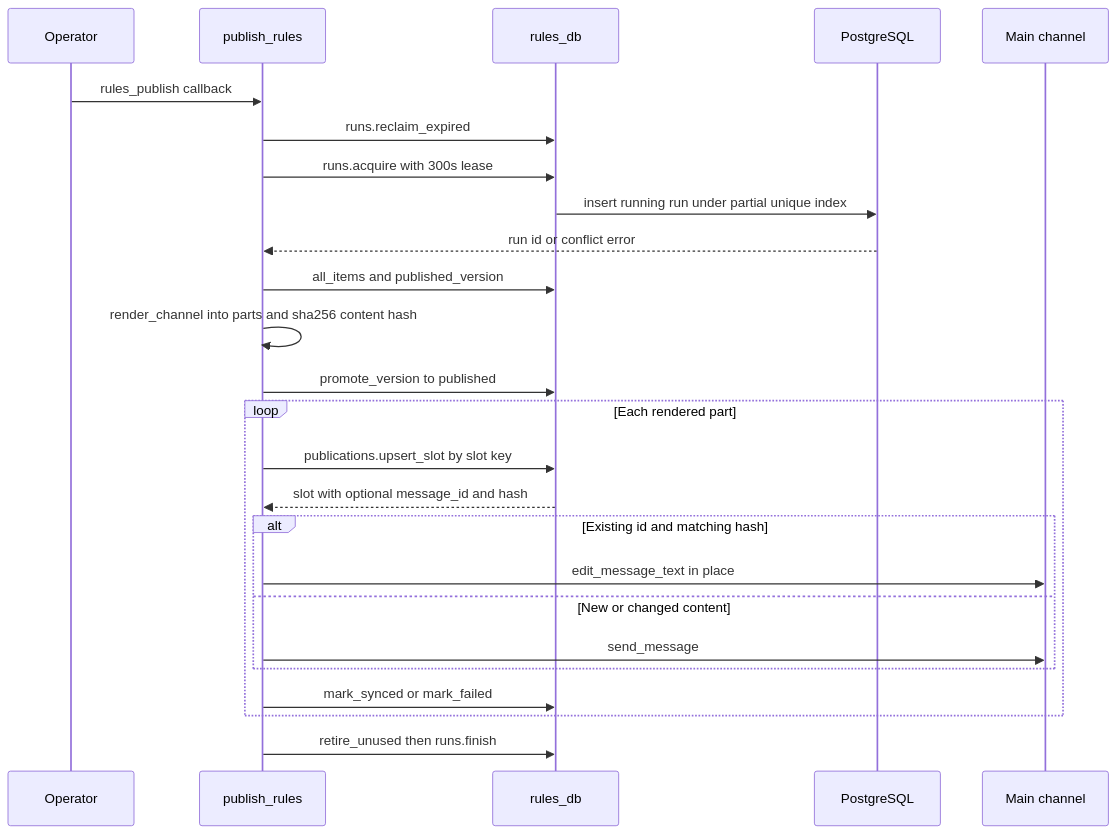
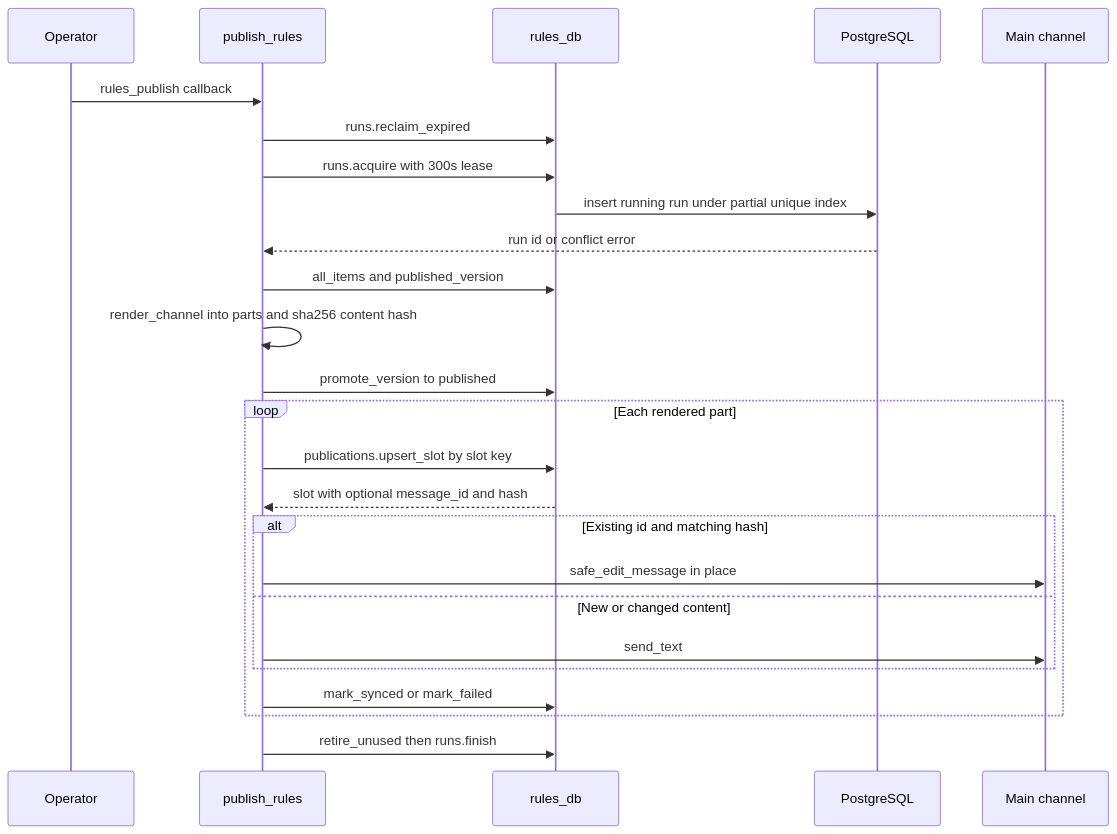
The second of 3 diagrams in docs/flows/rules.md (D1ZZY4/tcbot), drawn with Mermaid before and after one commit. The commit also changed other lines of this file and 14 other files, not shown here.

````diff
--- a/docs/flows/rules.md
+++ b/docs/flows/rules.md
@@ -76,27 +76,27 @@
 ```mermaid
 sequenceDiagram
     participant O as Operator
     participant P as publish_rules
     participant DB as rules_db
     participant PG as PostgreSQL
     participant TG as Main channel
     O->>P: rules_publish callback
     P->>DB: runs.reclaim_expired
     P->>DB: runs.acquire with 300s lease
     DB->>PG: insert running run under partial unique index
     PG-->>P: run id or conflict error
     P->>DB: all_items and published_version
     P->>P: render_channel into parts and sha256 content hash
     P->>DB: promote_version to published
     loop Each rendered part
         P->>DB: publications.upsert_slot by slot key
         DB-->>P: slot with optional message_id and hash
         alt Existing id and matching hash
-            P->>TG: edit_message_text in place
+            P->>TG: safe_edit_message in place
         else New or changed content
-            P->>TG: send_message
+            P->>TG: send_text
         end
         P->>DB: mark_synced or mark_failed
     end
     P->>DB: retire_unused then runs.finish
 ```
````
